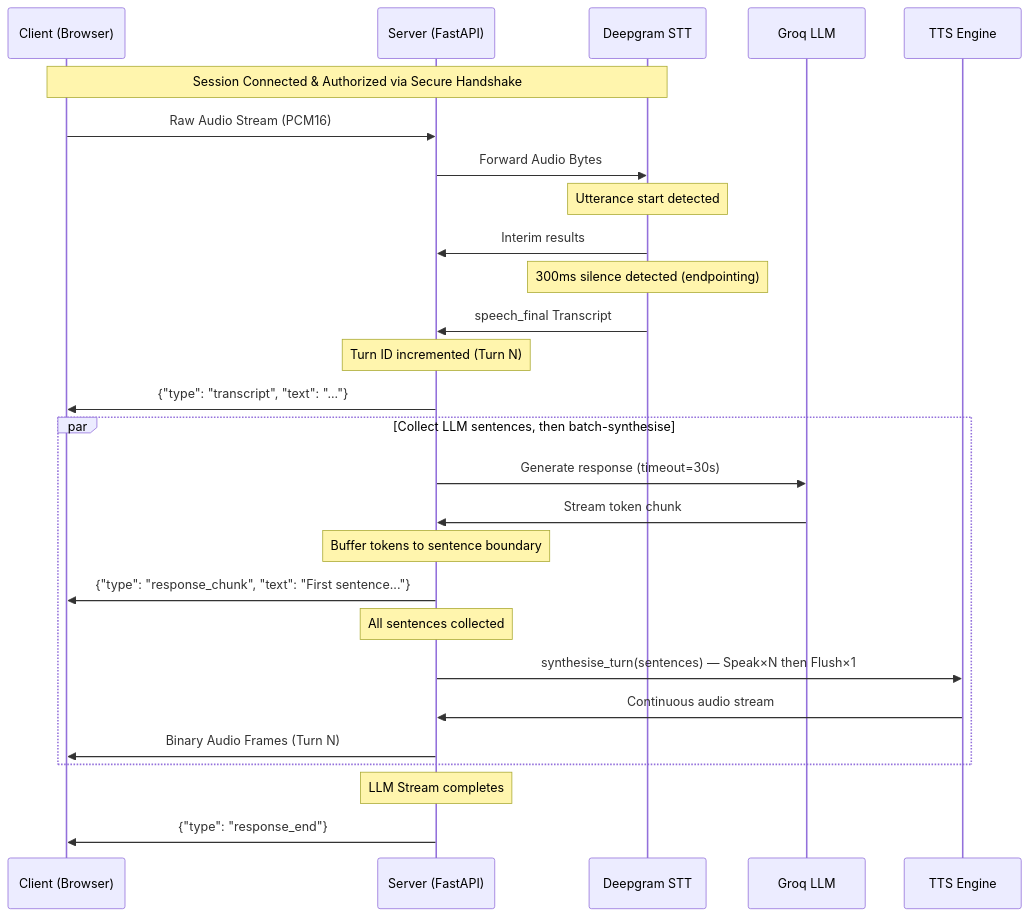
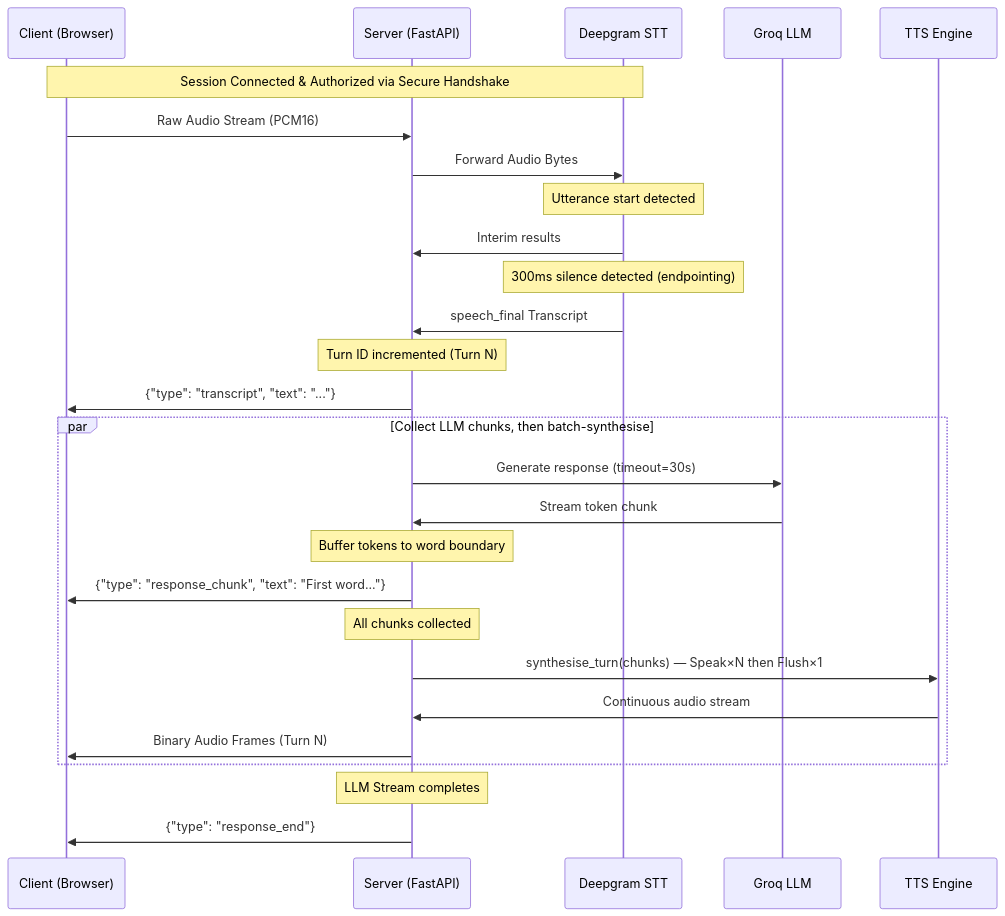
One commit to Yendoh-Derek/Cascade changed the second of 3 diagrams in docs/ARCHITECTURE.md. Above: the diagram before and after it, drawn with Mermaid. The commit also changed other lines of this file and 9 other files, not shown here.

First line of the commit message:
perf(pipeline): implement word-boundary streaming to eliminate first-sentence latency floor

````diff
--- a/docs/ARCHITECTURE.md
+++ b/docs/ARCHITECTURE.md
@@ -33,32 +33,32 @@
 ```mermaid
 sequenceDiagram
     participant C as Client (Browser)
     participant S as Server (FastAPI)
     participant STT as Deepgram STT
     participant LLM as Groq LLM
     participant TTS as TTS Engine
 
     Note over C,STT: Session Connected & Authorized via Secure Handshake
     C->>S: Raw Audio Stream (PCM16)
     S->>STT: Forward Audio Bytes
     Note over STT: Utterance start detected
     STT->>S: Interim results
     Note over STT: 300ms silence detected (endpointing)
     STT->>S: speech_final Transcript
     Note over S: Turn ID incremented (Turn N)
     S->>C: {"type": "transcript", "text": "..."}
-    
-    par Collect LLM sentences, then batch-synthesise
+
+    par Collect LLM chunks, then batch-synthesise
         S->>LLM: Generate response (timeout=30s)
         LLM->>S: Stream token chunk
-        Note over S: Buffer tokens to sentence boundary
-        S->>C: {"type": "response_chunk", "text": "First sentence..."}
-        Note over S: All sentences collected
-        S->>TTS: synthesise_turn(sentences) — Speak×N then Flush×1
+        Note over S: Buffer tokens to word boundary
+        S->>C: {"type": "response_chunk", "text": "First word..."}
+        Note over S: All chunks collected
+        S->>TTS: synthesise_turn(chunks) — Speak×N then Flush×1
         TTS->>S: Continuous audio stream
         S->>C: Binary Audio Frames (Turn N)
     end
 
     Note over S: LLM Stream completes
     S->>C: {"type": "response_end"}
 ```
````
